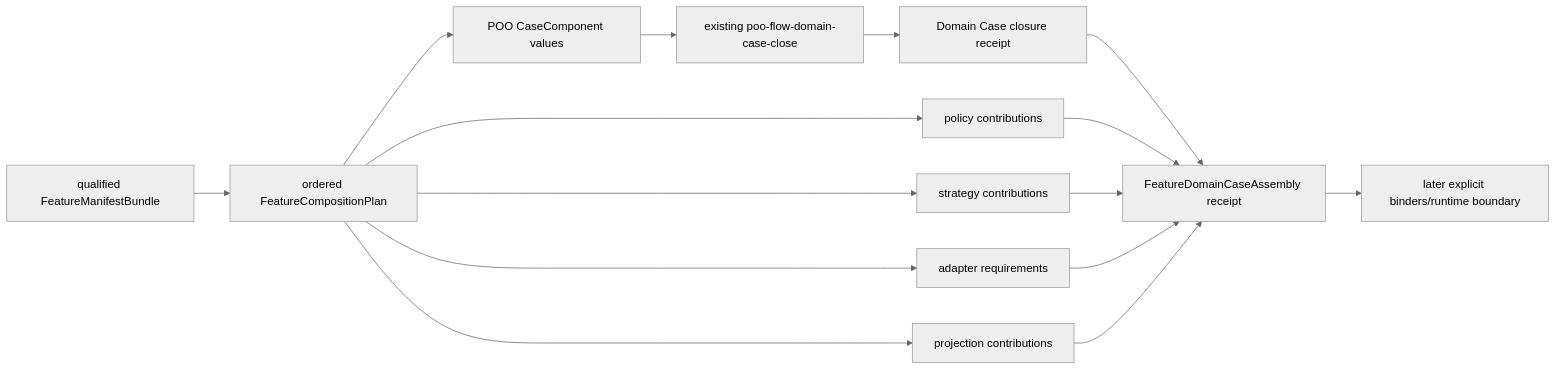
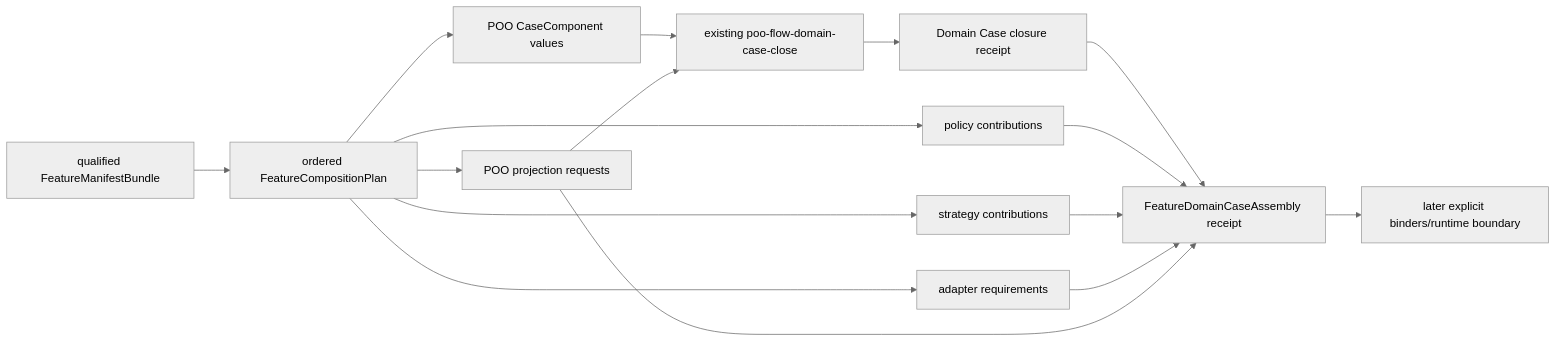
The first of 2 diagrams in docs/10-19-design/10.06-poo-module-system/139-feature-domain-case-assembly.org (tao3k/poo-flow), drawn with Mermaid (neutral theme) before and after one commit. The commit also changed other lines of this file and 8 other files, not shown here.

```diff
--- a/docs/10-19-design/10.06-poo-module-system/139-feature-domain-case-assembly.org
+++ b/docs/10-19-design/10.06-poo-module-system/139-feature-domain-case-assembly.org
@@ -78,29 +83,30 @@
 #+begin_src mermaid
 flowchart LR
     FB["qualified FeatureManifestBundle"]
     CP["ordered FeatureCompositionPlan"]
     CC["POO CaseComponent values"]
     DC["existing poo-flow-domain-case-close"]
     CR["Domain Case closure receipt"]
     CA["FeatureDomainCaseAssembly receipt"]
     PO["policy contributions"]
     SO["strategy contributions"]
     AR["adapter requirements"]
-    PR["projection contributions"]
+    PR["POO projection requests"]
     RT["later explicit binders/runtime boundary"]
 
     FB --> CP
     CP --> CC
     CC --> DC
     DC --> CR
     CR --> CA
     CP --> PO
     CP --> SO
     CP --> AR
     CP --> PR
+    PR --> DC
     PO --> CA
     SO --> CA
     AR --> CA
     PR --> CA
     CA --> RT
 #+end_src
```
